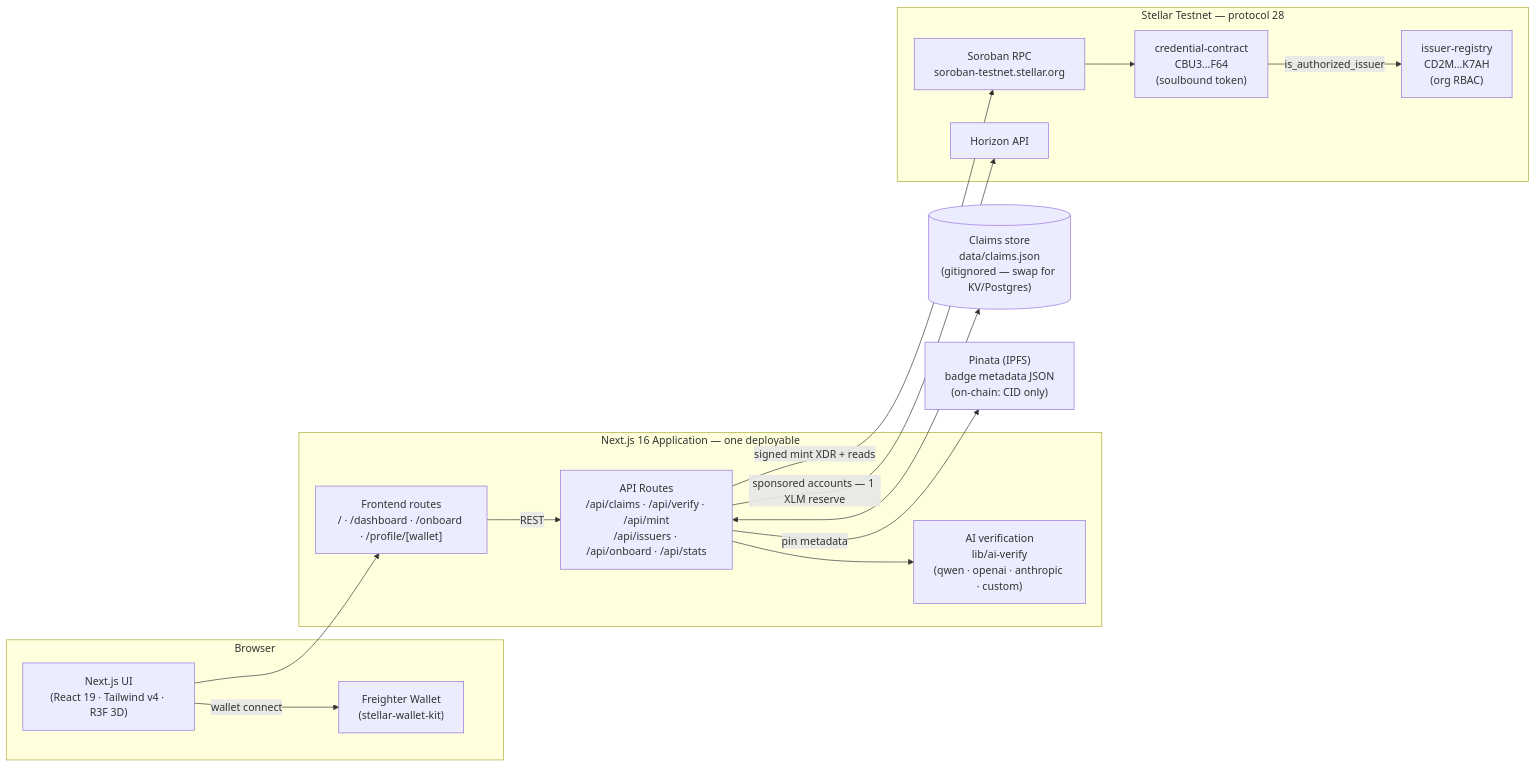
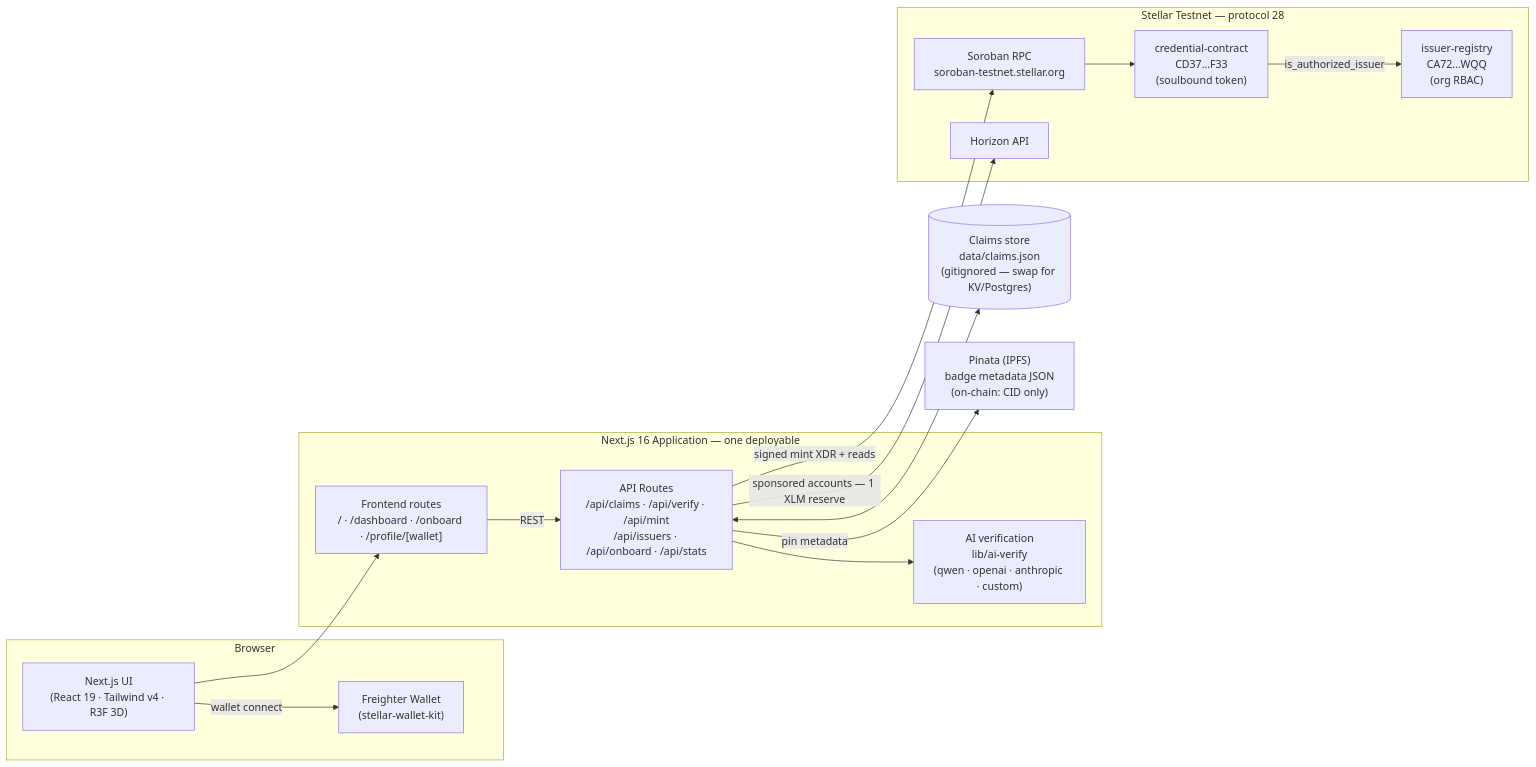
Before and after one commit to techishan432/Tessera: the first of 4 diagrams in README.md, drawn with Mermaid. The commit also changed other lines of this file, not shown here.

Commit message:
docs: update README for v2 testnet deployment — new contract IDs, full verification log, demo profiles

````diff
--- a/README.md
+++ b/README.md
@@ -23,35 +23,35 @@
 ```mermaid
 flowchart LR
     subgraph Browser
         UI["Next.js UI<br/>(React 19 · Tailwind v4 · R3F 3D)"]
         FW["Freighter Wallet<br/>(stellar-wallet-kit)"]
     end
 
     subgraph App["Next.js 16 Application — one deployable"]
         FE["Frontend routes<br/>/ · /dashboard · /onboard · /profile/[wallet]"]
         API["API Routes<br/>/api/claims · /api/verify · /api/mint<br/>/api/issuers · /api/onboard · /api/stats"]
         AV["AI verification<br/>lib/ai-verify<br/>(qwen · openai · anthropic · custom)"]
     end
 
     FS[("Claims store<br/>data/claims.json<br/>(gitignored — swap for KV/Postgres)")]
 
     subgraph StellarNet["Stellar Testnet — protocol 28"]
         RPC["Soroban RPC<br/>soroban-testnet.stellar.org"]
-        CC["credential-contract<br/>CBU3…F64<br/>(soulbound token)"]
-        IR["issuer-registry<br/>CD2M…K7AH<br/>(org RBAC)"]
+        CC["credential-contract<br/>CD37…F33<br/>(soulbound token)"]
+        IR["issuer-registry<br/>CA72…WQQ<br/>(org RBAC)"]
         H["Horizon API"]
     end
 
     IPFS["Pinata (IPFS)<br/>badge metadata JSON<br/>(on-chain: CID only)"]
 
     UI --> FE
     FE -->|REST| API
     UI -->|wallet connect| FW
     API --> AV
     API <--> FS
     API -->|signed mint XDR + reads| RPC
     RPC --> CC
     CC -->|is_authorized_issuer| IR
     API -->|"sponsored accounts — 1 XLM reserve"| H
     API -->|pin metadata| IPFS
 ```
````
